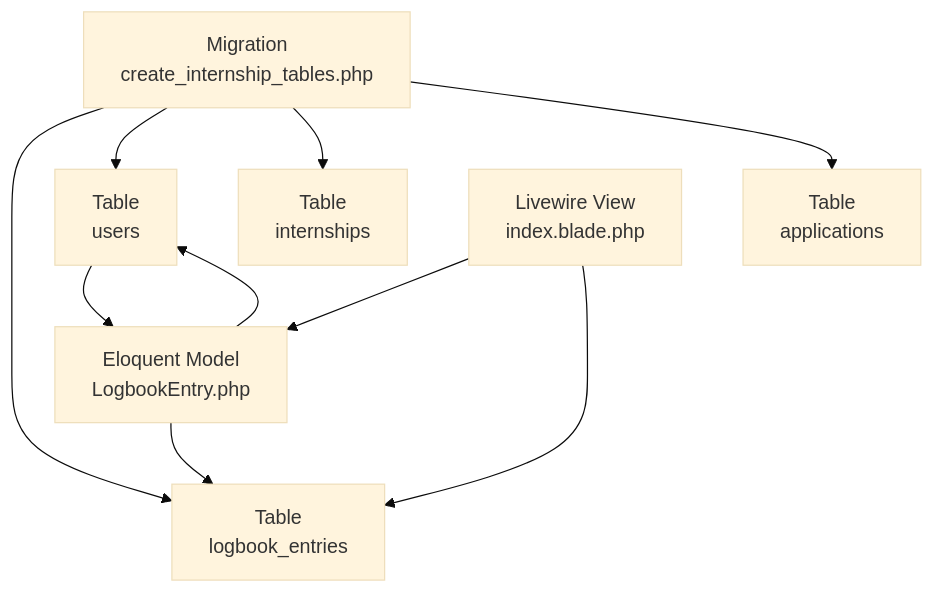
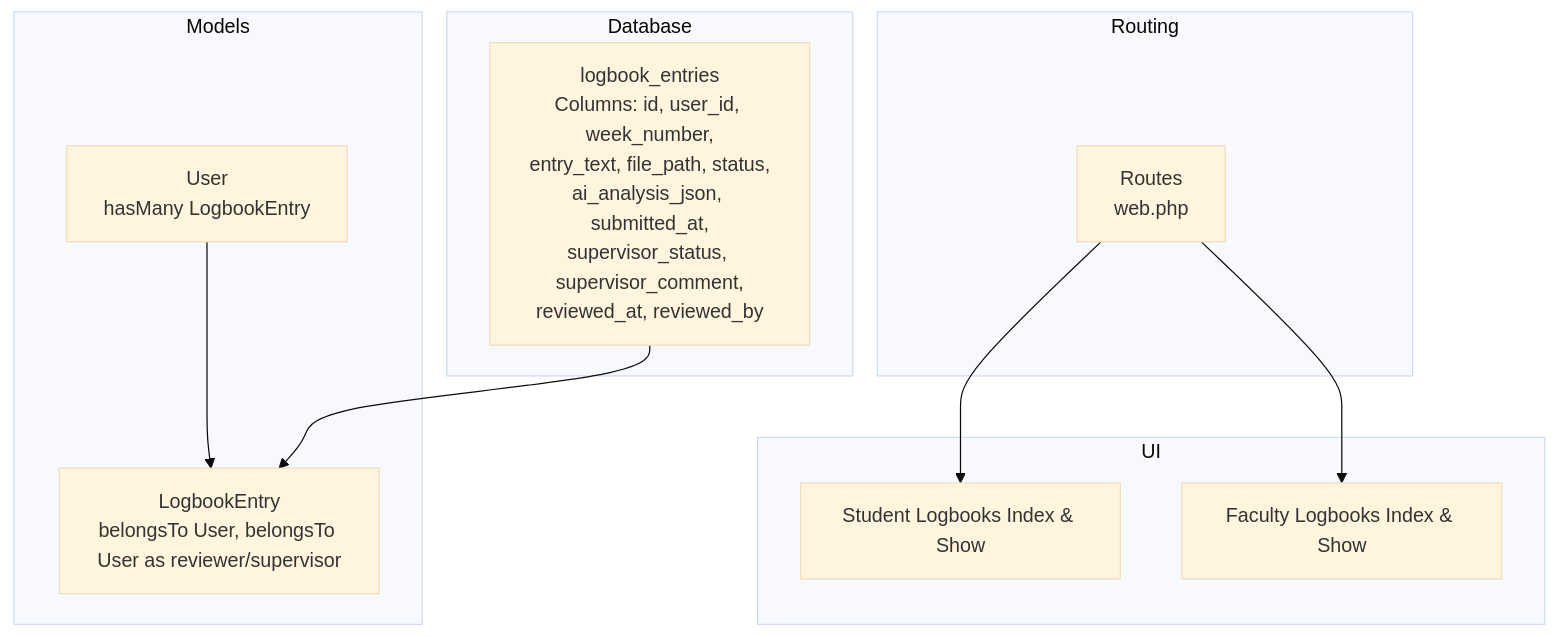
Before and after one commit to puromed/internims: the first of 8 diagrams in .qoder/repowiki/en/content/Database Schema/Logbook Entries Table.md, drawn with Mermaid (base theme). The commit also changed other lines of this file and 51 other files, not shown here.

````diff
--- a/.qoder/repowiki/en/content/Database Schema/Logbook Entries Table.md
+++ b/.qoder/repowiki/en/content/Database Schema/Logbook Entries Table.md
@@ -36,12 +41,21 @@
 ```mermaid
 graph TB
-M["Migration<br/>create_internship_tables.php"] --> T["Table<br/>logbook_entries"]
-M --> U["Table<br/>users"]
-M --> I["Table<br/>internships"]
-M --> A["Table<br/>applications"]
-E["Eloquent Model<br/>LogbookEntry.php"] --> T
-E --> U
+subgraph "Database"
+LBE["logbook_entries<br/>Columns: id, user_id, week_number,<br/>entry_text, file_path, status,<br/>ai_analysis_json, submitted_at,<br/>supervisor_status, supervisor_comment,<br/>reviewed_at, reviewed_by"]
+end
+subgraph "Models"
+U["User<br/>hasMany LogbookEntry"]
+E["LogbookEntry<br/>belongsTo User, belongsTo User as reviewer/supervisor"]
+end
+subgraph "UI"
+S["Student Logbooks Index & Show"]
+F["Faculty Logbooks Index & Show"]
+end
+subgraph "Routing"
+R["Routes<br/>web.php"]
+end
 U --> E
-V["Livewire View<br/>index.blade.php"] --> E
-V --> T
+LBE --> E
+R --> S
+R --> F
 ```
````
